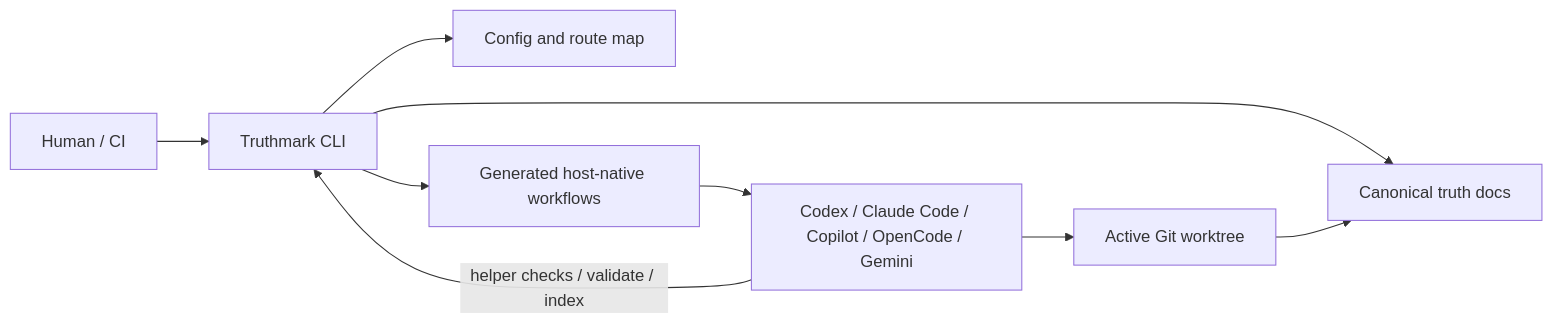
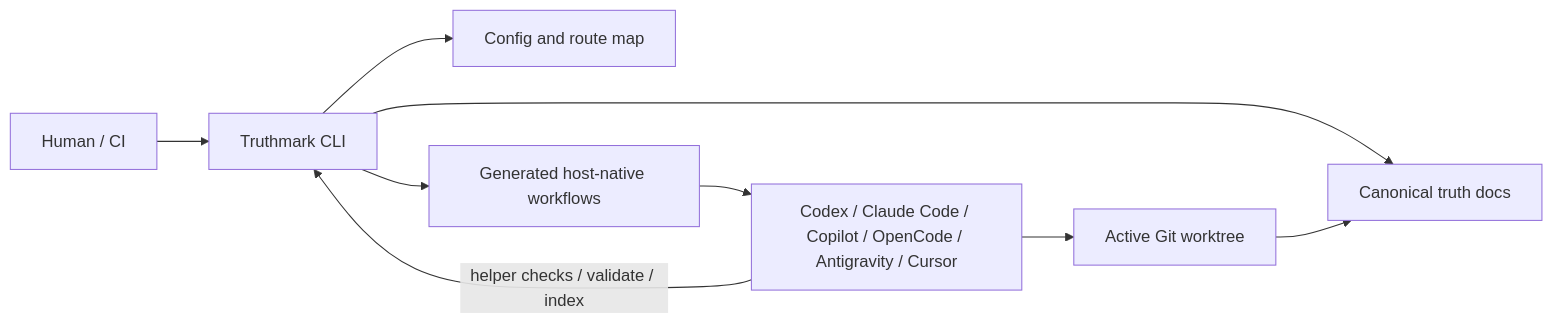
One commit to merlinhu1/truthmark changed the diagram in docs/user-guide.md. Above: the diagram before and after it, drawn with Mermaid. The commit also changed other lines of this file and 157 other files, not shown here.

````diff
--- a/docs/user-guide.md
+++ b/docs/user-guide.md
@@ -26,11 +26,11 @@
 ```mermaid
 flowchart LR
   Human["Human / CI"] --> CLI["Truthmark CLI"]
   CLI --> Config["Config and route map"]
   CLI --> Truth["Canonical truth docs"]
   CLI --> Surfaces["Generated host-native workflows"]
-  Surfaces --> Hosts["Codex / Claude Code / Copilot / OpenCode / Gemini"]
+  Surfaces --> Hosts["Codex / Claude Code / Copilot / OpenCode / Antigravity / Cursor"]
   Hosts --> Worktree["Active Git worktree"]
   Hosts -->|"helper checks / validate / index"| CLI
   Worktree --> Truth
 ```
````
